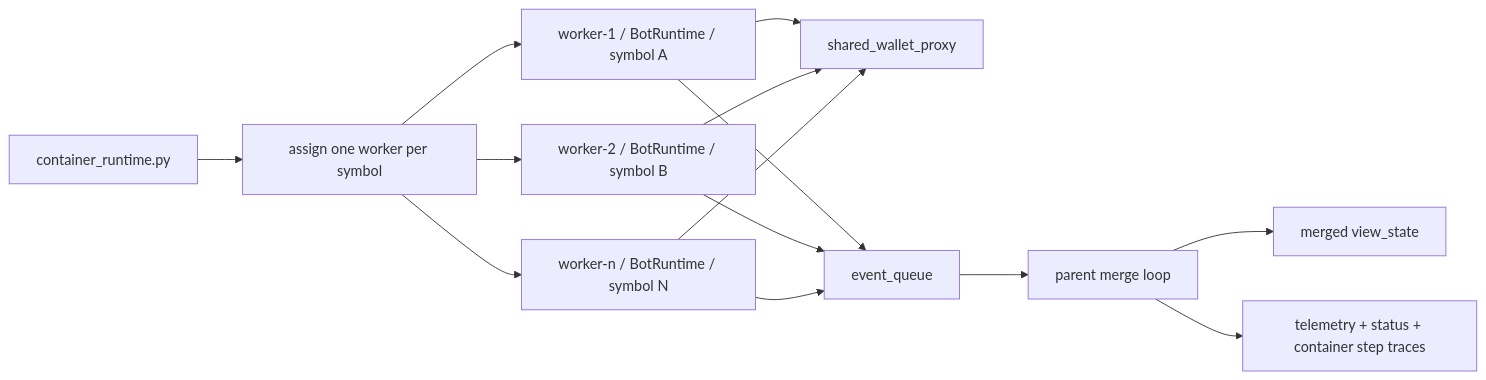
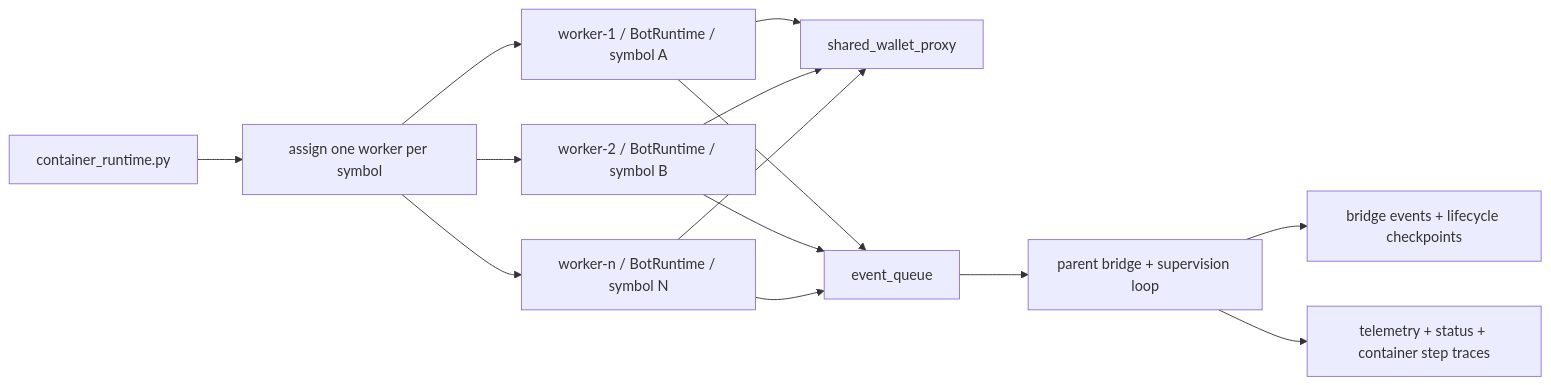
Before and after one commit to elijahbrookss/quant-trad: the diagram in docs/architecture/runtime/BOT_RUNTIME_SYMBOL_SHARDING_ARCHITECTURE.md, drawn with Mermaid. The commit also changed other lines of this file and 3 other files, not shown here.

Commit message:
docs: update architecture docs for botlens debugger and runtime service

````diff
--- a/docs/architecture/runtime/BOT_RUNTIME_SYMBOL_SHARDING_ARCHITECTURE.md
+++ b/docs/architecture/runtime/BOT_RUNTIME_SYMBOL_SHARDING_ARCHITECTURE.md
@@ -43,16 +43,16 @@
 ```mermaid
 flowchart LR
     A[container_runtime.py] --> B[assign one worker per symbol]
     B --> C1[worker-1 / BotRuntime / symbol A]
     B --> C2[worker-2 / BotRuntime / symbol B]
     B --> C3[worker-n / BotRuntime / symbol N]
     C1 --> D[shared_wallet_proxy]
     C2 --> D
     C3 --> D
     C1 --> E[event_queue]
     C2 --> E
     C3 --> E
-    E --> F[parent merge loop]
-    F --> G[merged view_state]
+    E --> F[parent bridge + supervision loop]
+    F --> G[bridge events + lifecycle checkpoints]
     F --> H[telemetry + status + container step traces]
 ```
````
